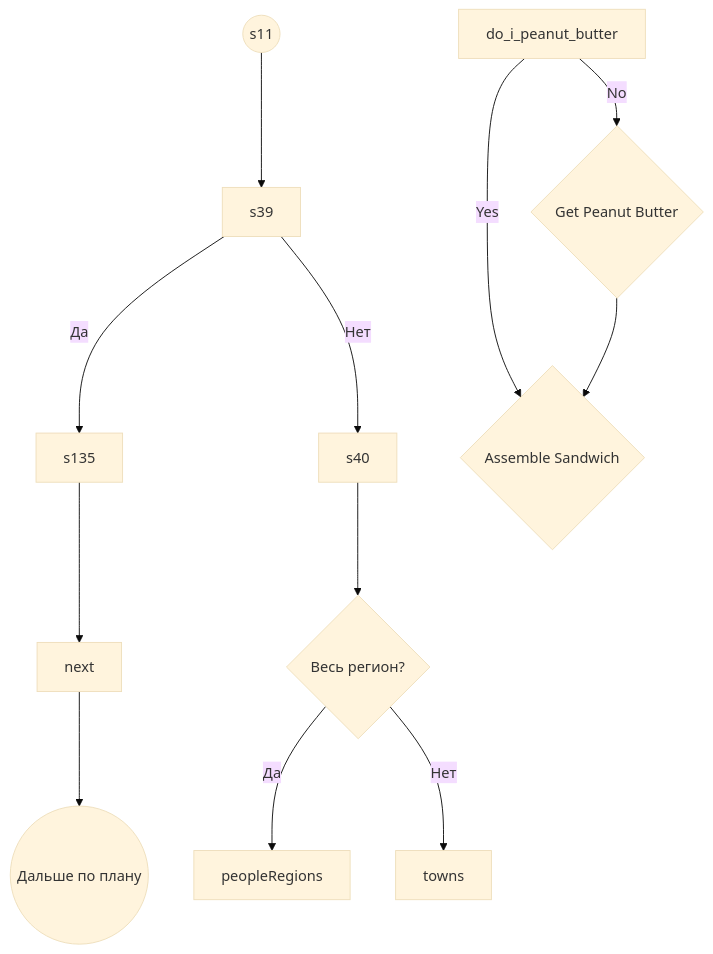
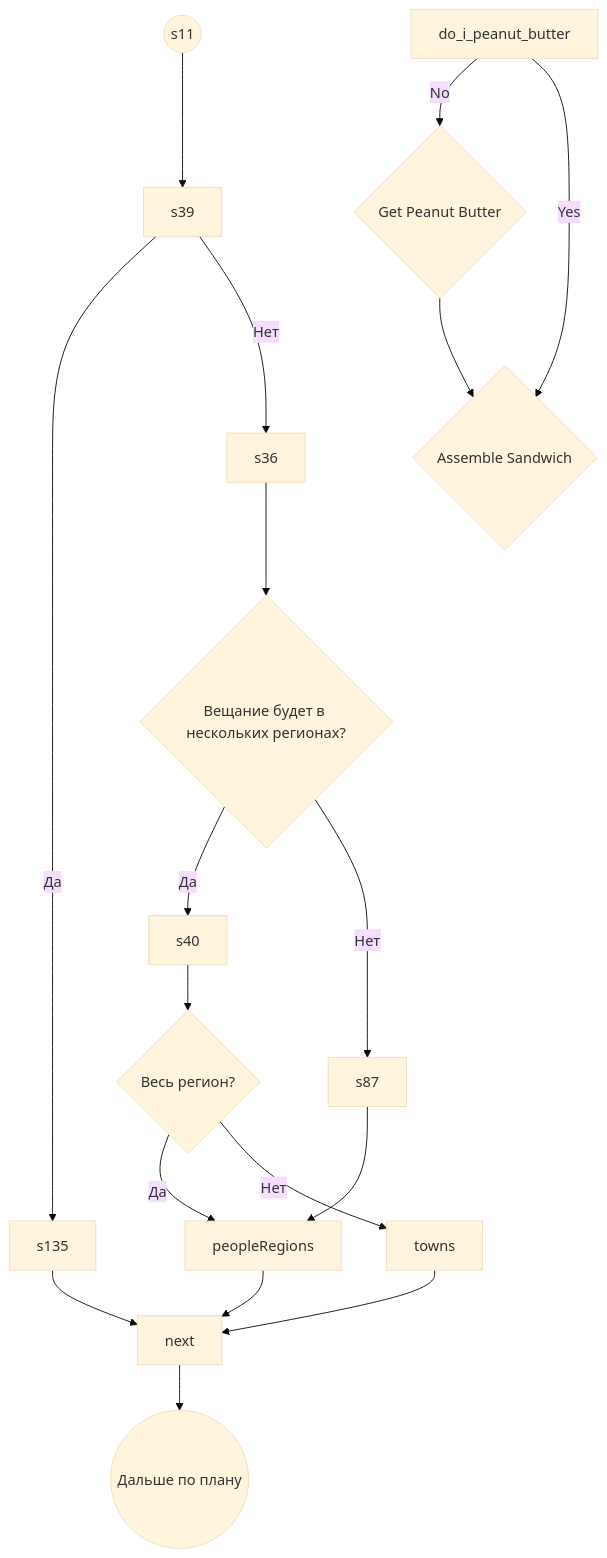
Before and after one commit to wolkoduff/myObsidianSync: the diagram in 2024-10-14.md, drawn with Mermaid (base theme).

Commit message:
vault backup: 14.10.2024 13:13

````diff
--- a/2024-10-14.md
+++ b/2024-10-14.md
@@ -2,14 +2,20 @@
 ```mermaid
 flowchart TB
     start_sequence((s11)) --> territoryRf[s39]
     territoryRf --> |Да| territoryRfPeople[s135]
-    territoryRf --> |Нет| Regions[s40]
-    Regions --> fullRegion{Весь регион?}
+    territoryRf --> |Нет| Regions[s36]
+    Regions --> manyRegions{Вещание будет в нескольких регионах?}
+    manyRegions --> |Да| listRegions[s40]
+    manyRegions --> |Нет| oneRegion[s87]
+    oneRegion --> peopleRegions
+    listRegions --> fullRegion{Весь регион?}
     fullRegion --> |Да| peopleRegions
     fullRegion --> |Нет| towns
+    peopleRegions --> next
     territoryRfPeople --> next
+    towns --> next
     do_i_peanut_butter -->|No| get_peanut_butter{Get Peanut Butter}
     do_i_peanut_butter -->|Yes| assemble{Assemble Sandwich}
     get_peanut_butter --> assemble{Assemble Sandwich}
     next --> end_sequence((Дальше по плану))
 ```
````
